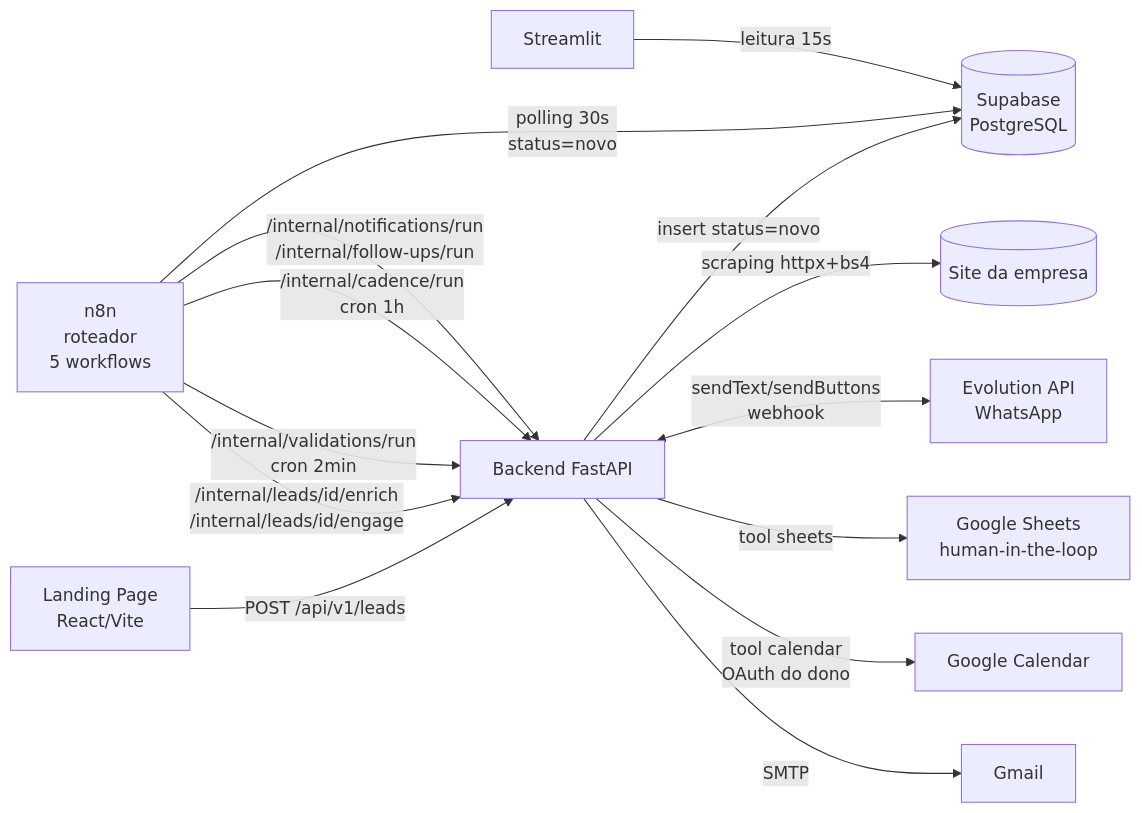
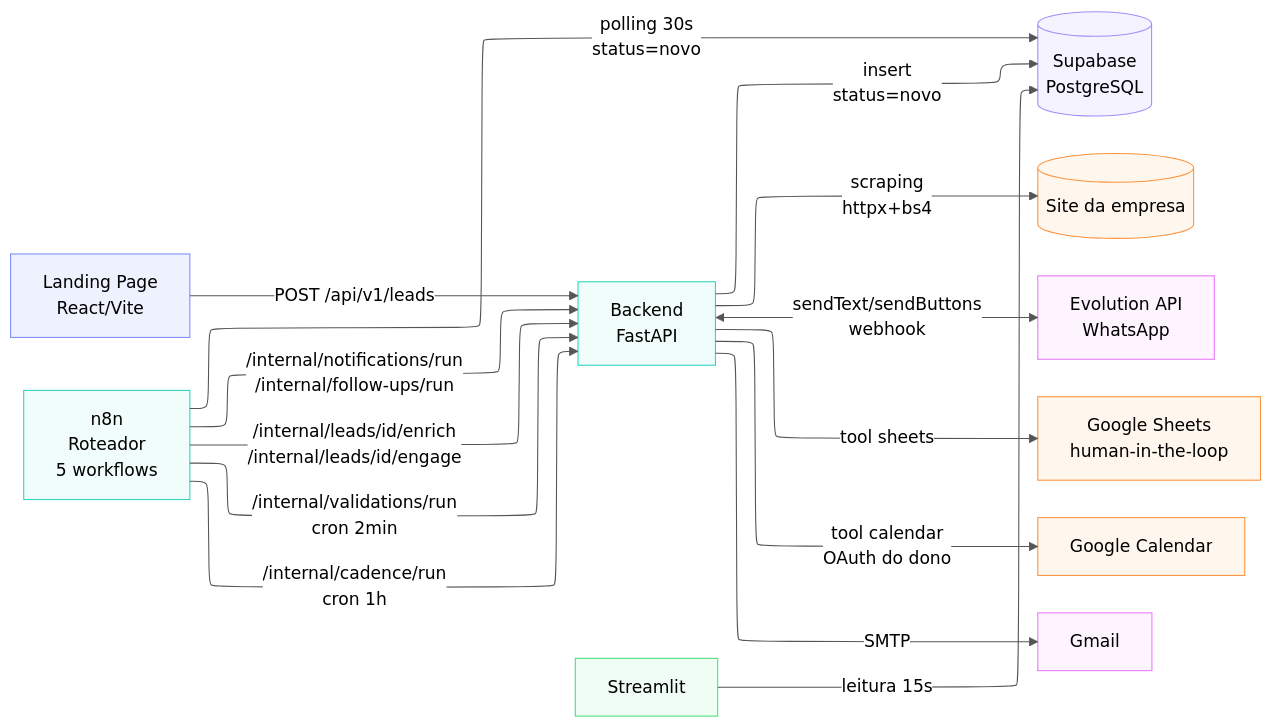
The diagram in docs/architecture.md (PedroHJG/vigil-summit-case-solution), drawn with Mermaid before and after one commit. The commit also changed other lines of this file and 15 other files, not shown here.

````diff
--- a/docs/architecture.md
+++ b/docs/architecture.md
@@ -10,16 +10,55 @@
 ```mermaid
+---
+config:
+  layout: elk
+  theme: base
+  themeVariables:
+    primaryTextColor: "#000000"
+    nodeTextColor: "#000000"
+    lineColor: "#555555"
+    edgeLabelBackground: "#FFFFFF"
+---
 flowchart LR
-  LP[Landing Page\nReact/Vite] -->|POST /api/v1/leads| BE[Backend FastAPI]
-  BE -->|insert status=novo| SB[(Supabase\nPostgreSQL)]
-  N8N[n8n\nroteador\n5 workflows] -->|polling 30s\nstatus=novo| SB
-  N8N -->|/internal/leads/id/enrich\n/internal/leads/id/engage| BE
-  N8N -->|/internal/validations/run\ncron 2min| BE
-  N8N -->|/internal/cadence/run\ncron 1h| BE
-  N8N -->|/internal/notifications/run\n/internal/follow-ups/run| BE
-  BE -->|scraping httpx+bs4| WEB[(Site da empresa)]
-  BE <-->|sendText/sendButtons\nwebhook| EVO[Evolution API\nWhatsApp]
-  BE -->|tool sheets| GS[Google Sheets\nhuman-in-the-loop]
-  BE -->|tool calendar\nOAuth do dono| GC[Google Calendar]
-  BE -->|SMTP| MAIL[Gmail]
-  DASH[Streamlit] -->|leitura 15s| SB
+  LP[Landing Page<br/>React/Vite]
+  BE[Backend<br/>FastAPI]
+  SB[(Supabase<br/>PostgreSQL)]
+  N8N[n8n<br/>Roteador<br/>5 workflows]
+  WEB[(Site da empresa)]
+  EVO[Evolution API<br/>WhatsApp]
+  GS[Google Sheets<br/>human-in-the-loop]
+  GC[Google Calendar]
+  MAIL[Gmail]
+  DASH[Streamlit]
+
+  LP -->|POST /api/v1/leads| BE
+  BE -->|insert<br/>status=novo| SB
+  N8N -->|polling 30s<br/>status=novo| SB
+  N8N -->|/internal/leads/id/enrich<br/>/internal/leads/id/engage| BE
+  N8N -->|/internal/validations/run<br/>cron 2min| BE
+  N8N -->|/internal/cadence/run<br/>cron 1h| BE
+  N8N -->|/internal/notifications/run<br/>/internal/follow-ups/run| BE
+  BE -->|scraping<br/>httpx+bs4| WEB
+  BE <-->|sendText/sendButtons<br/>webhook| EVO
+  BE -->|tool sheets| GS
+  BE -->|tool calendar<br/>OAuth do dono| GC
+  BE -->|SMTP| MAIL
+  DASH -->|leitura 15s| SB
+
+  classDef frontend stroke:#818cf8,fill:#eef2ff,color:#000000
+  classDef backend stroke:#2dd4bf,fill:#f0fdfa,color:#000000
+  classDef database stroke:#a78bfa,fill:#f5f3ff,color:#000000
+  classDef external stroke:#fb923c,fill:#fff7ed,color:#000000
+  classDef messaging stroke:#e879f9,fill:#fdf4ff,color:#000000
+  classDef analytics stroke:#4ade80,fill:#f0fdf4,color:#000000
+
+  class LP frontend
+  class BE backend
+  class N8N backend
+  class SB database
+  class WEB external
+  class EVO messaging
+  class GS external
+  class GC external
+  class MAIL messaging
+  class DASH analytics
 ```
````
